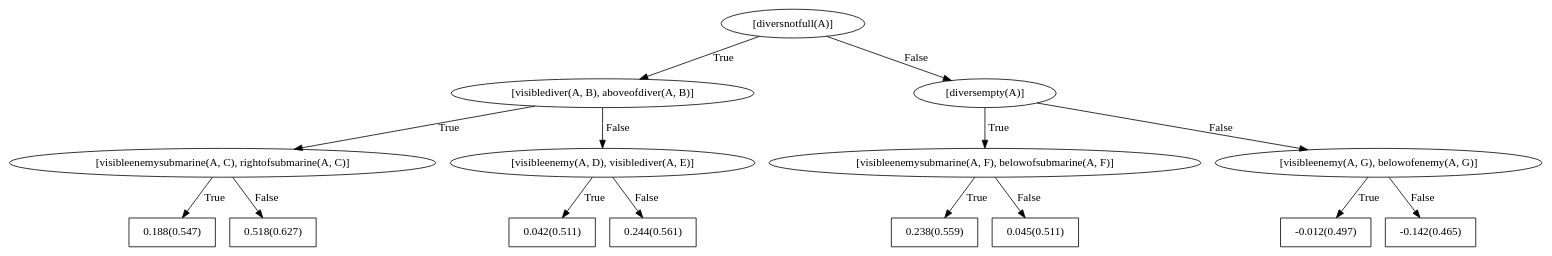
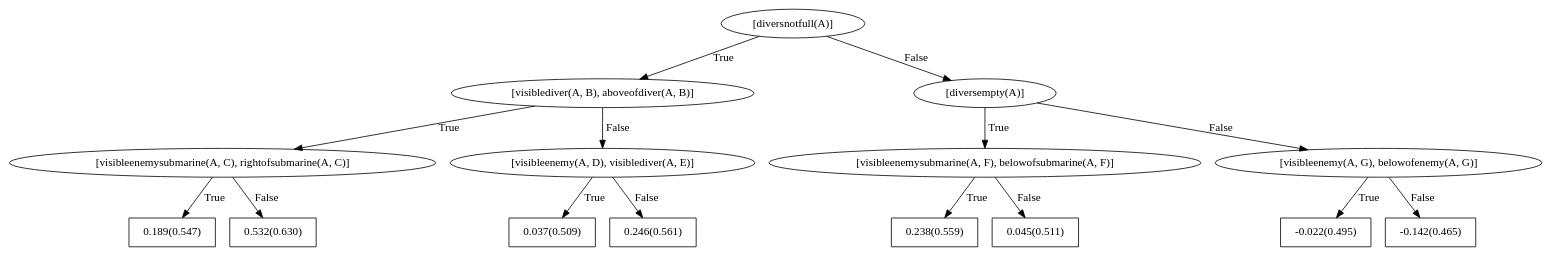
The diagram in rdn_models/seaquest/weighted_1object_negpos_2_trees_1_depth_2/down/bRDNs/dotFiles/WILLTreeFor_down0.dot (nikhileshp/NeSY-Imitation-Learning), drawn with Graphviz before and after one commit. The commit also changed 481 other files, not shown here.

```diff
--- a/rdn_models/seaquest/weighted_1object_negpos_2_trees_1_depth_2/down/bRDNs/dotFiles/WILLTreeFor_down0.dot
+++ b/rdn_models/seaquest/weighted_1object_negpos_2_trees_1_depth_2/down/bRDNs/dotFiles/WILLTreeFor_down0.dot
@@ -1,31 +1,31 @@
 digraph G{ 
 1[label = "[diversnotfull(A)]"];
 1 -> 2[label="True"];
 1 -> 3[label="False"];
 2[label = "[visiblediver(A, B), aboveofdiver(A, B)]"];
 2 -> 4[label="True"];
 2 -> 5[label="False"];
 4[label = "[visibleenemysubmarine(A, C), rightofsubmarine(A, C)]"];
 4 -> 6[label="True"];
 4 -> 7[label="False"];
-6[shape = box,label = "0.188(0.547)"];
-7[shape = box,label = "0.518(0.627)"];
+6[shape = box,label = "0.189(0.547)"];
+7[shape = box,label = "0.532(0.630)"];
 5[label = "[visibleenemy(A, D), visiblediver(A, E)]"];
 5 -> 8[label="True"];
 5 -> 9[label="False"];
-8[shape = box,label = "0.042(0.511)"];
-9[shape = box,label = "0.244(0.561)"];
+8[shape = box,label = "0.037(0.509)"];
+9[shape = box,label = "0.246(0.561)"];
 3[label = "[diversempty(A)]"];
 3 -> 10[label="True"];
 3 -> 11[label="False"];
 10[label = "[visibleenemysubmarine(A, F), belowofsubmarine(A, F)]"];
 10 -> 12[label="True"];
 10 -> 13[label="False"];
 12[shape = box,label = "0.238(0.559)"];
 13[shape = box,label = "0.045(0.511)"];
 11[label = "[visibleenemy(A, G), belowofenemy(A, G)]"];
 11 -> 14[label="True"];
 11 -> 15[label="False"];
-14[shape = box,label = "-0.012(0.497)"];
+14[shape = box,label = "-0.022(0.495)"];
 15[shape = box,label = "-0.142(0.465)"];
 }
```
